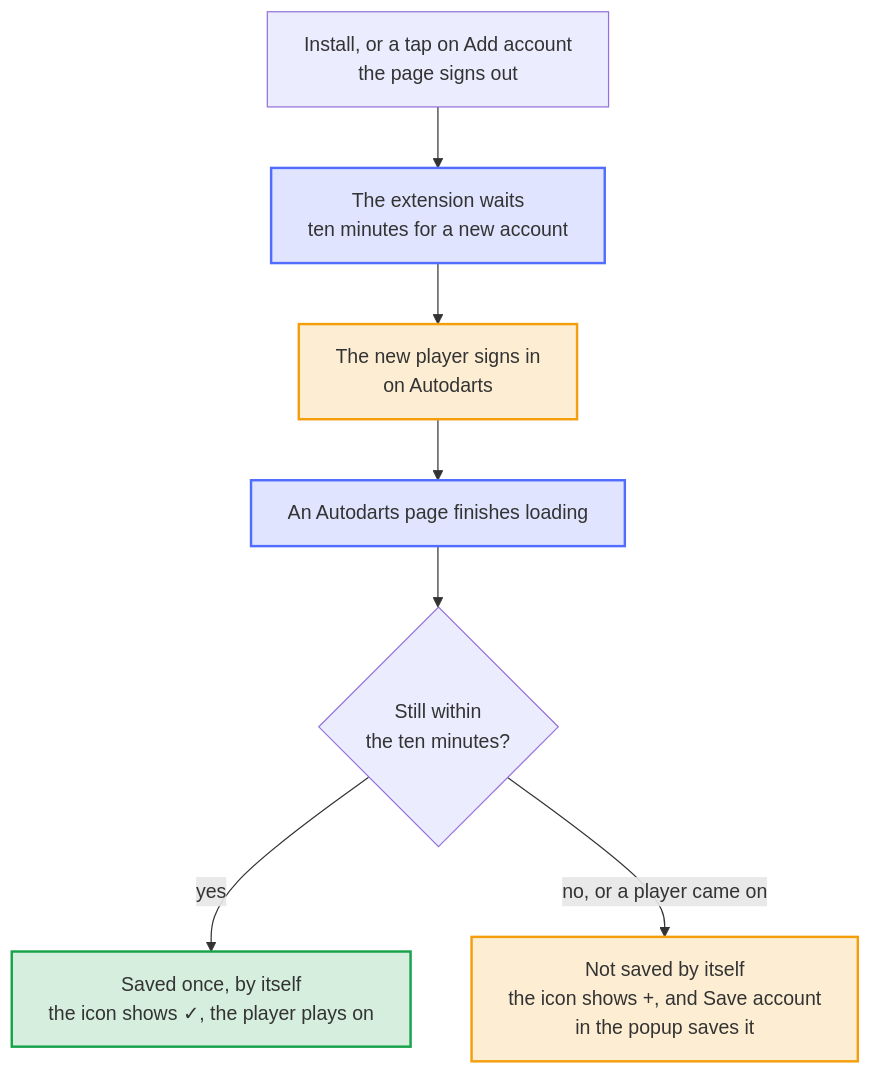
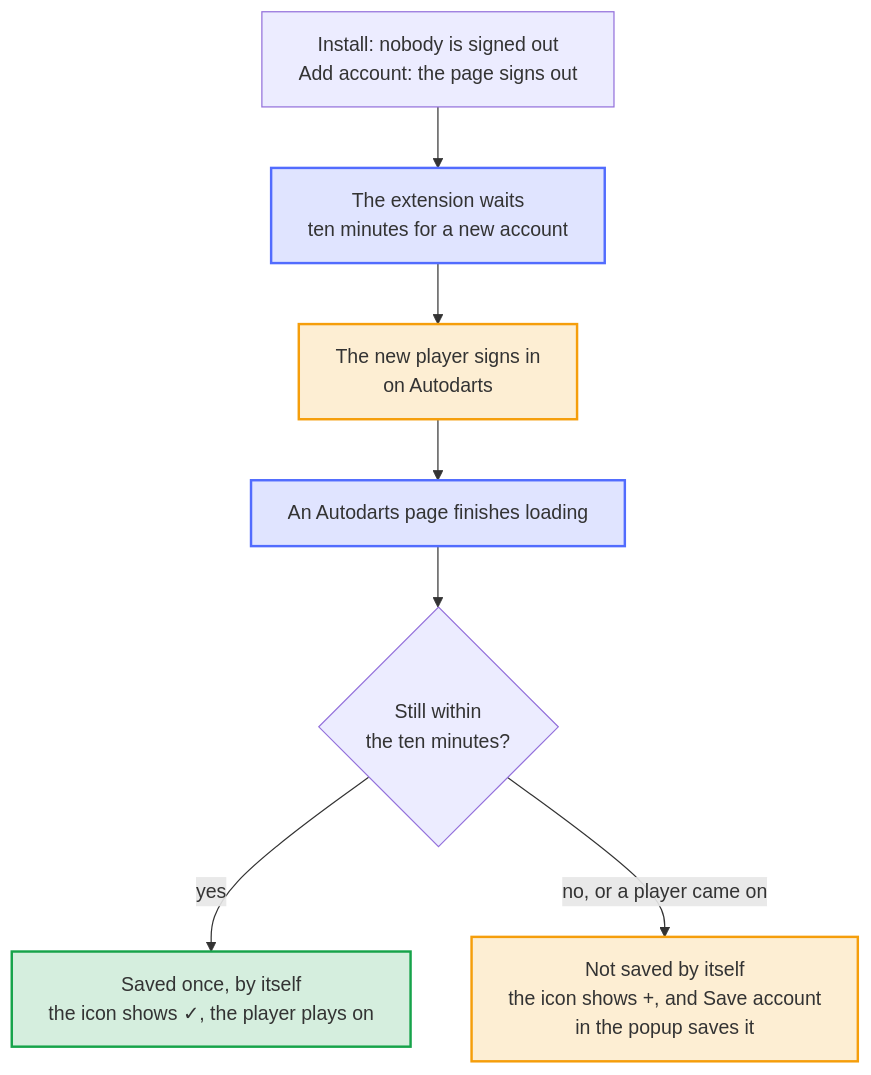
Before and after one commit to Dennis-Otto/player-switch-for-autodarts: the diagram in docs/diagrams/adding-a-player.mmd, drawn with Mermaid. The commit also changed 16 other files, not shown here.

First line of the commit message:
fix: let a page renew its session before saving it, keep the check mark, spare a running match

```diff
--- a/docs/diagrams/adding-a-player.mmd
+++ b/docs/diagrams/adding-a-player.mmd
@@ -1,27 +1,27 @@
 ---
 config:
   flowchart:
     wrappingWidth: 400
 ---
 flowchart TB
     accTitle: How a new player is saved by itself
-    accDescr: After the install or a tap on Add account, the page is signed out and the extension waits ten minutes for a new account. The new player signs in on Autodarts. Each time an Autodarts page has finished loading, the extension looks for the session. Within the ten minutes, it saves the account once, the icon shows a check mark, and the player plays on. After the ten minutes, or once a player was saved, a sign-in is never saved by itself; the icon shows a plus, and Save account in the popup saves it.
+    accDescr: After the install, which signs nobody out, or a tap on Add account, which signs the page out, the extension waits ten minutes for a new account. The new player signs in on Autodarts. Each time an Autodarts page has finished loading, the extension looks for the session. Within the ten minutes, it saves the account once, the icon shows a check mark, and the player plays on. After the ten minutes, or once a player was saved, a sign-in is never saved by itself; the icon shows a plus, and Save account in the popup saves it.
 
-    add["Install, or a tap on Add account<br>the page signs out"]
+    add["Install: nobody is signed out<br>Add account: the page signs out"]
     wait["The extension waits<br>ten minutes for a new account"]
     signin["The new player signs in<br>on Autodarts"]
     load["An Autodarts page finishes loading"]
     check{"Still within<br>the ten minutes?"}
     saved["Saved once, by itself<br>the icon shows ✓, the player plays on"]
     plus["Not saved by itself<br>the icon shows +, and Save account<br>in the popup saves it"]
 
     add --> wait --> signin --> load --> check
     check -- "yes" --> saved
     check -- "no, or a player came on" --> plus
 
     classDef bot fill:#526cfe2e,stroke:#526cfe,stroke-width:2px
     classDef done fill:#16a34a2e,stroke:#16a34a,stroke-width:2px
     classDef person fill:#f59e0b2e,stroke:#f59e0b,stroke-width:2px
     class wait,load bot
     class saved done
     class signin,plus person
```
